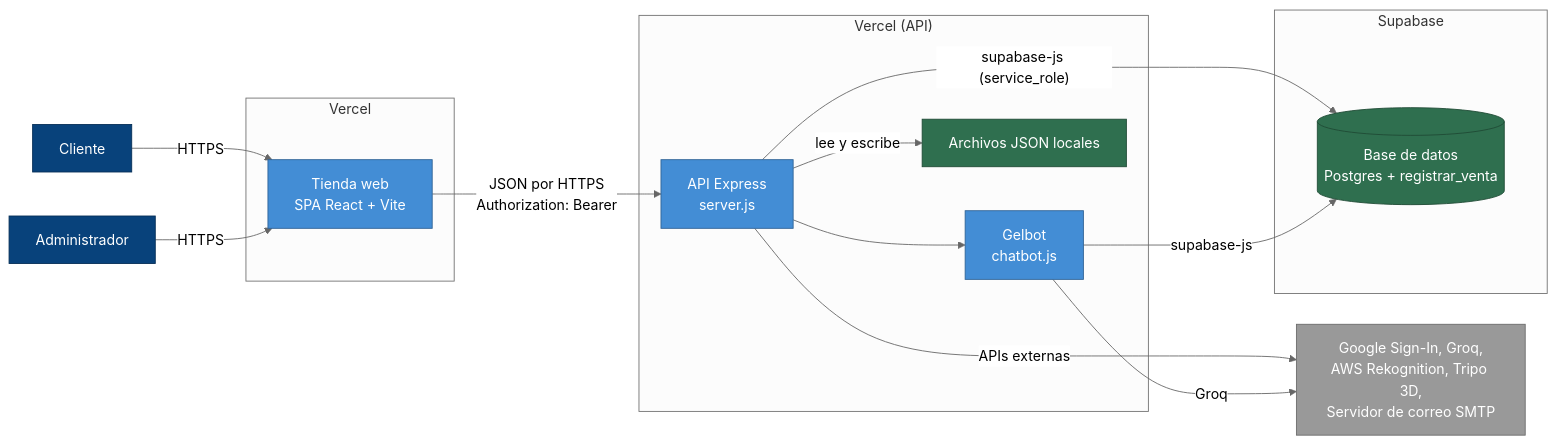
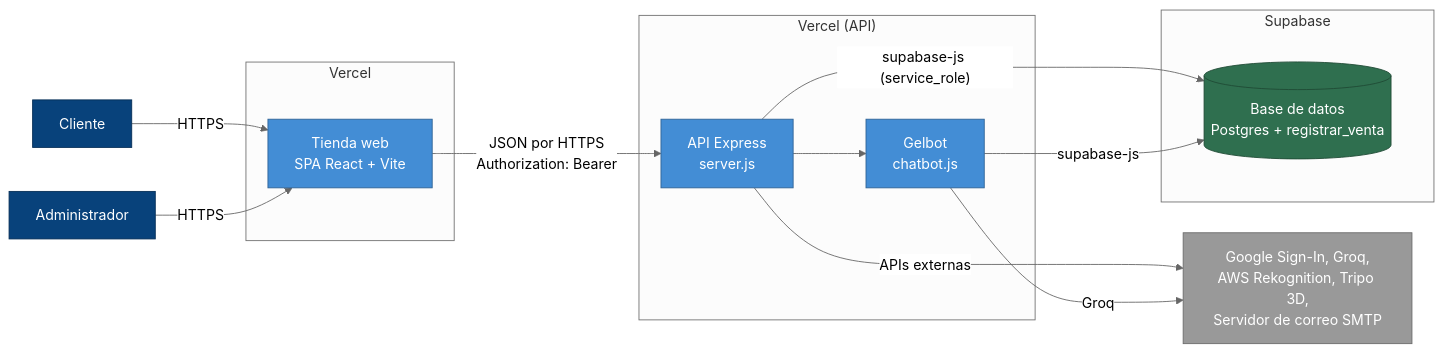
Before and after one commit to cristian-0023/SUPER-GELATTO: the diagram in docs/arquitectura/03-contenedores.md, drawn with Mermaid (neutral theme). The commit also changed other lines of this file and 2 other files, not shown here.

Commit message:
chore: quitar restos de los archivos JSON de estado (docs y nodemon)

````diff
--- a/docs/arquitectura/03-contenedores.md
+++ b/docs/arquitectura/03-contenedores.md
@@ -37,36 +36,34 @@
 ```mermaid
 flowchart LR
   classDef persona fill:#08427b,stroke:#052e56,color:#fff
   classDef contenedor fill:#438dd5,stroke:#2e6295,color:#fff
   classDef datos fill:#2f6f4f,stroke:#1f4a35,color:#fff
   classDef externo fill:#999999,stroke:#6b6b6b,color:#fff
 
   C["Cliente"]:::persona
   AD["Administrador"]:::persona
 
   subgraph VERCEL["Vercel"]
     W["Tienda web<br/>SPA React + Vite"]:::contenedor
   end
 
   subgraph RENDER["Vercel (API)"]
     API["API Express<br/>server.js"]:::contenedor
     GB["Gelbot<br/>chatbot.js"]:::contenedor
-    JS["Archivos JSON locales"]:::datos
   end
 
   subgraph SUPA["Supabase"]
     DB[("Base de datos<br/>Postgres + registrar_venta")]:::datos
   end
 
   EXT["Google Sign-In, Groq,<br/>AWS Rekognition, Tripo 3D,<br/>Servidor de correo SMTP"]:::externo
 
   C -->|"HTTPS"| W
   AD -->|"HTTPS"| W
   W -->|"JSON por HTTPS<br/>Authorization: Bearer"| API
   API --> GB
   API -->|"supabase-js (service_role)"| DB
   GB -->|"supabase-js"| DB
-  API -->|"lee y escribe"| JS
   API -->|"APIs externas"| EXT
   GB -->|"Groq"| EXT
 ```
````
